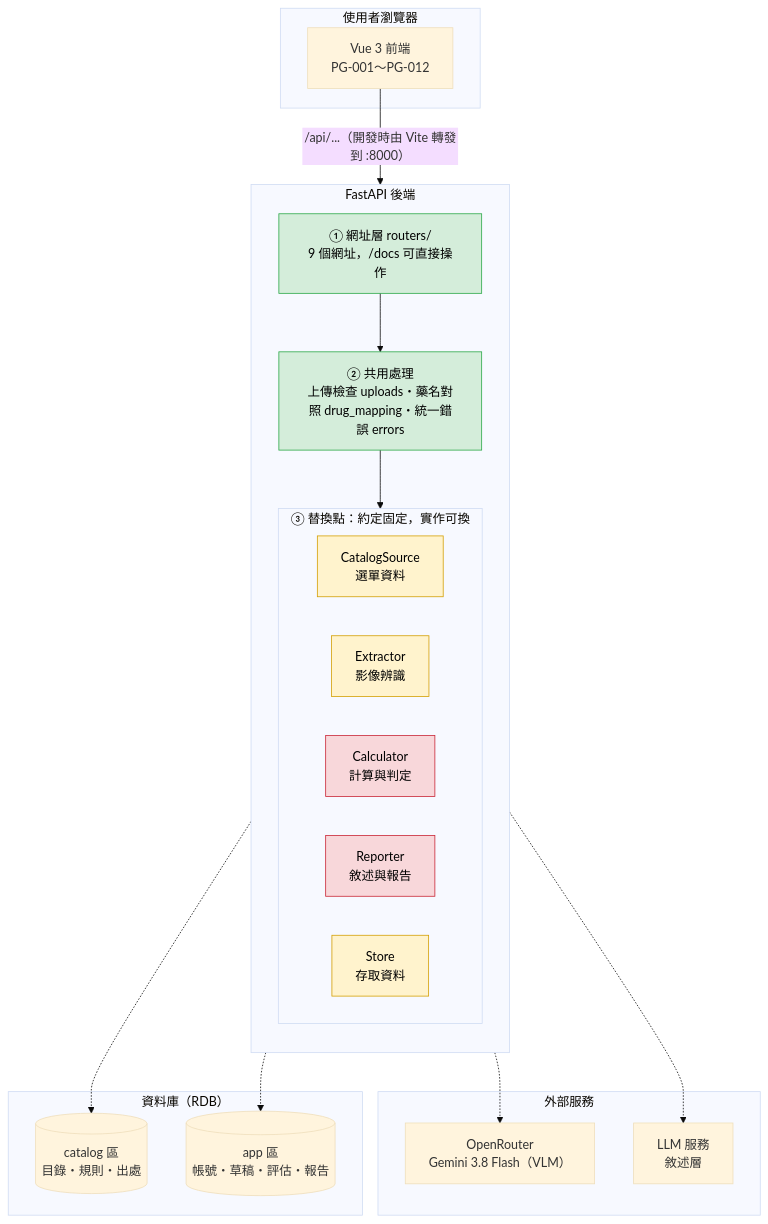
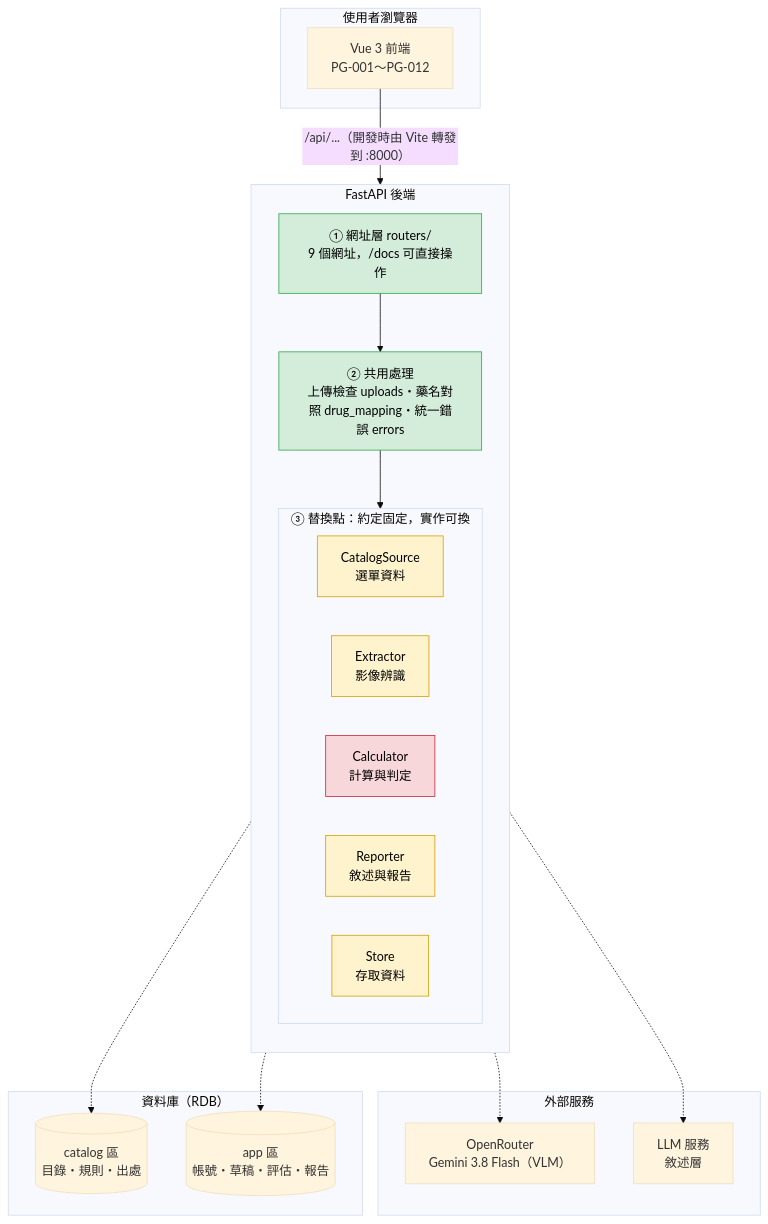
One commit to bear06115847-max/aipe04_project_g4 changed the first of 2 diagrams in docs/architecture.md. Above: the diagram before and after it, drawn with Mermaid (base theme). The commit also changed other lines of this file and 11 other files, not shown here.

````diff
--- a/docs/architecture.md
+++ b/docs/architecture.md
@@ -13,46 +13,46 @@
 ```mermaid
 flowchart TB
     subgraph Browser["使用者瀏覽器"]
         FE["Vue 3 前端<br/>PG-001～PG-012"]
     end
 
     subgraph Backend["FastAPI 後端"]
         direction TB
         R["① 網址層 routers/<br/>9 個網址，/docs 可直接操作"]
         S["② 共用處理<br/>上傳檢查 uploads・藥名對照 drug_mapping・統一錯誤 errors"]
 
         subgraph RP["③ 替換點：約定固定，實作可換"]
             direction LR
             CS["CatalogSource<br/>選單資料"]
             EX["Extractor<br/>影像辨識"]
             CA["Calculator<br/>計算與判定"]
             RE["Reporter<br/>敘述與報告"]
             ST["Store<br/>存取資料"]
         end
 
         R --> S --> RP
     end
 
     subgraph External["外部服務"]
         VLM["OpenRouter<br/>Gemini 3.8 Flash（VLM）"]
         LLM["LLM 服務<br/>敘述層"]
     end
 
     subgraph DB["資料庫（RDB）"]
         CAT[("catalog 區<br/>目錄・規則・出處")]
         APP[("app 區<br/>帳號・草稿・評估・報告")]
     end
 
     FE -- "/api/...（開發時由 Vite 轉發到 :8000）" --> R
     EX -.-> VLM
     RE -.-> LLM
     CS -.-> CAT
     ST -.-> APP
 
     classDef done fill:#d4edda,stroke:#28a745,color:#000
     classDef partial fill:#fff3cd,stroke:#d39e00,color:#000
     classDef todo fill:#f8d7da,stroke:#c82333,color:#000
     class R,S done
-    class CS,EX,ST partial
-    class CA,RE todo
+    class CS,EX,ST,RE partial
+    class CA todo
 ```
````
